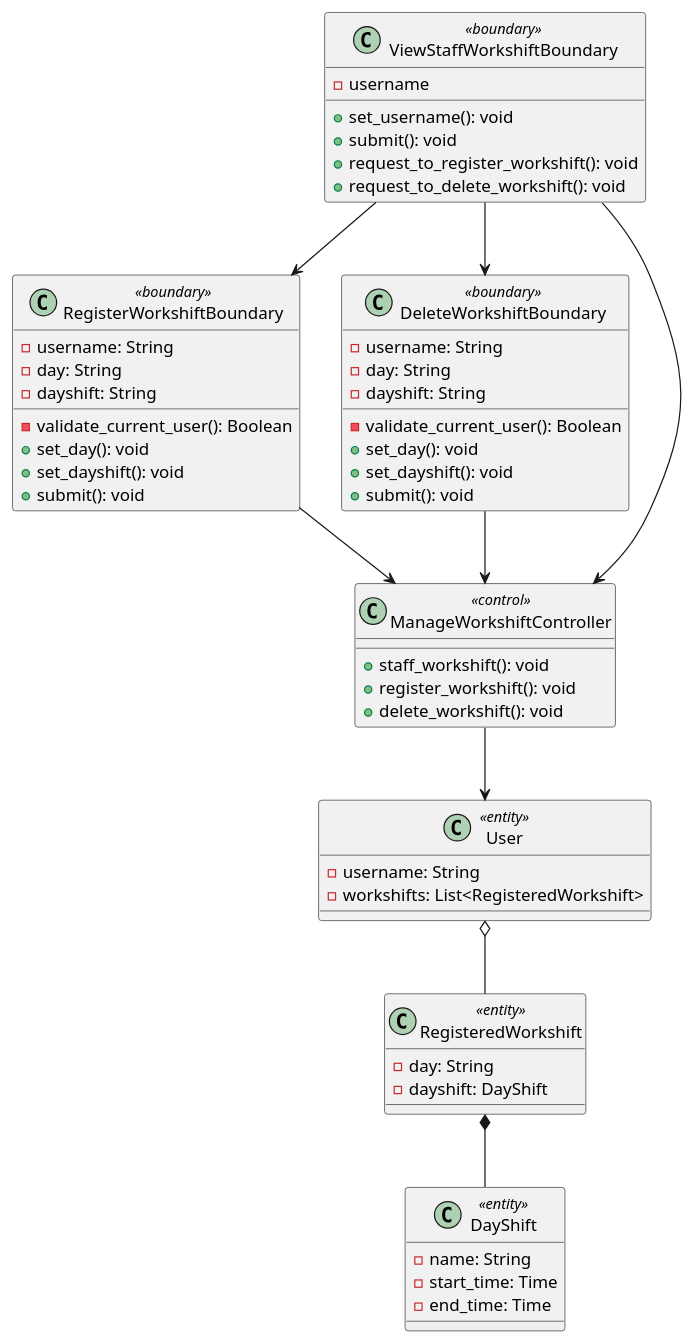
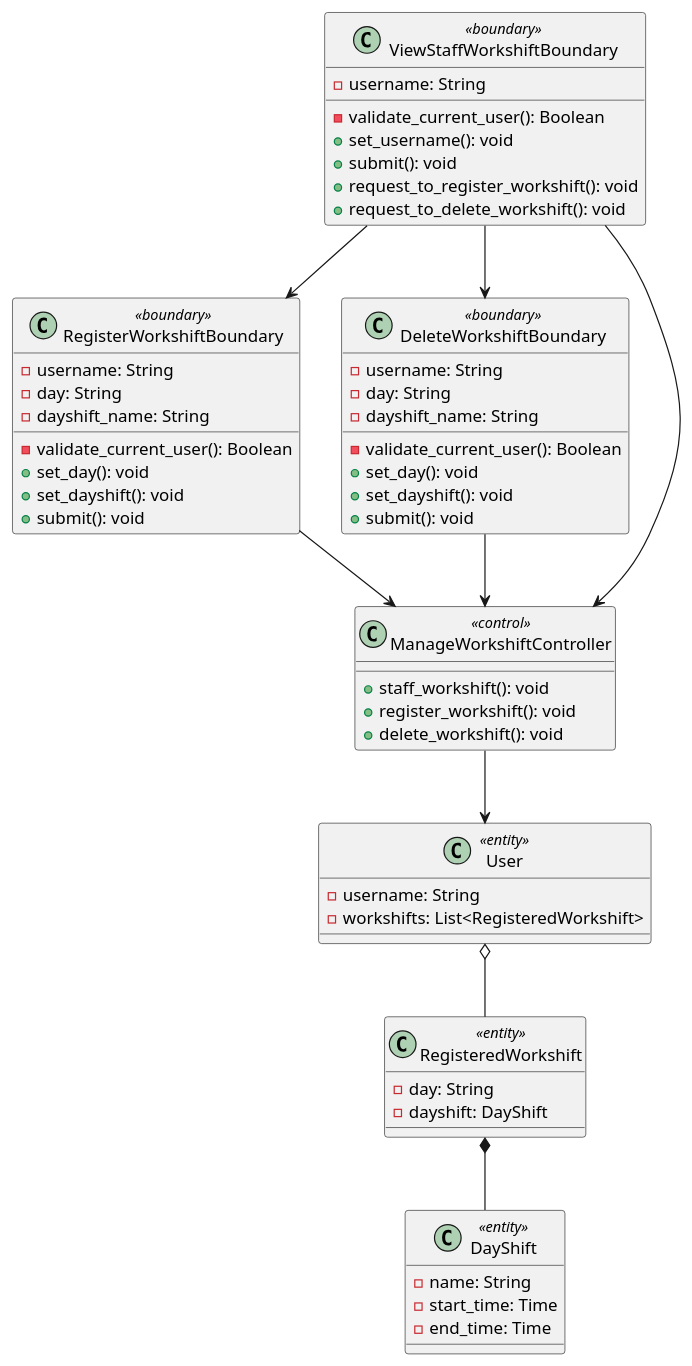
The diagram in docs/UML/Class Diagrams/view-staff-workshifts.pu (LapTQ/MCT), drawn with PlantUML before and after one commit. The commit also changed 71 other files, not shown here.

```diff
--- a/docs/UML/Class Diagrams/view-staff-workshifts.pu
+++ b/docs/UML/Class Diagrams/view-staff-workshifts.pu
@@ -1,66 +1,67 @@
 @startuml
 
 class ViewStaffWorkshiftBoundary <<boundary>> {
-    - username
+    - username: String
     
+    - validate_current_user(): Boolean
     + set_username(): void
     + submit(): void
     + request_to_register_workshift(): void
     + request_to_delete_workshift(): void
 }
 
 class RegisterWorkshiftBoundary <<boundary>> {
     - username: String
     - day: String
-    - dayshift: String
+    - dayshift_name: String
 
     - validate_current_user(): Boolean
     + set_day(): void
     + set_dayshift(): void
     + submit(): void
 }
 
 class DeleteWorkshiftBoundary <<boundary>> {
     - username: String
     - day: String
-    - dayshift: String
+    - dayshift_name: String
     
     - validate_current_user(): Boolean
     + set_day(): void
     + set_dayshift(): void
     + submit(): void
 }
 
 class ManageWorkshiftController <<control>> {
 
     + staff_workshift(): void
     + register_workshift(): void
     + delete_workshift(): void
 }
 
 class User <<entity>> {
     - username: String
     - workshifts: List<RegisteredWorkshift>
 }
 
 class RegisteredWorkshift <<entity>> {
     - day: String
     - dayshift: DayShift
 }
 
 class DayShift <<entity>> {
     - name: String
     - start_time: Time
     - end_time: Time
 }
 
 ViewStaffWorkshiftBoundary --> ManageWorkshiftController
 ViewStaffWorkshiftBoundary --> RegisterWorkshiftBoundary
 ViewStaffWorkshiftBoundary --> DeleteWorkshiftBoundary
 RegisterWorkshiftBoundary --> ManageWorkshiftController
 DeleteWorkshiftBoundary --> ManageWorkshiftController
 ManageWorkshiftController --> User
 User o-- RegisteredWorkshift
 RegisteredWorkshift *-- DayShift
 
 @enduml
```
